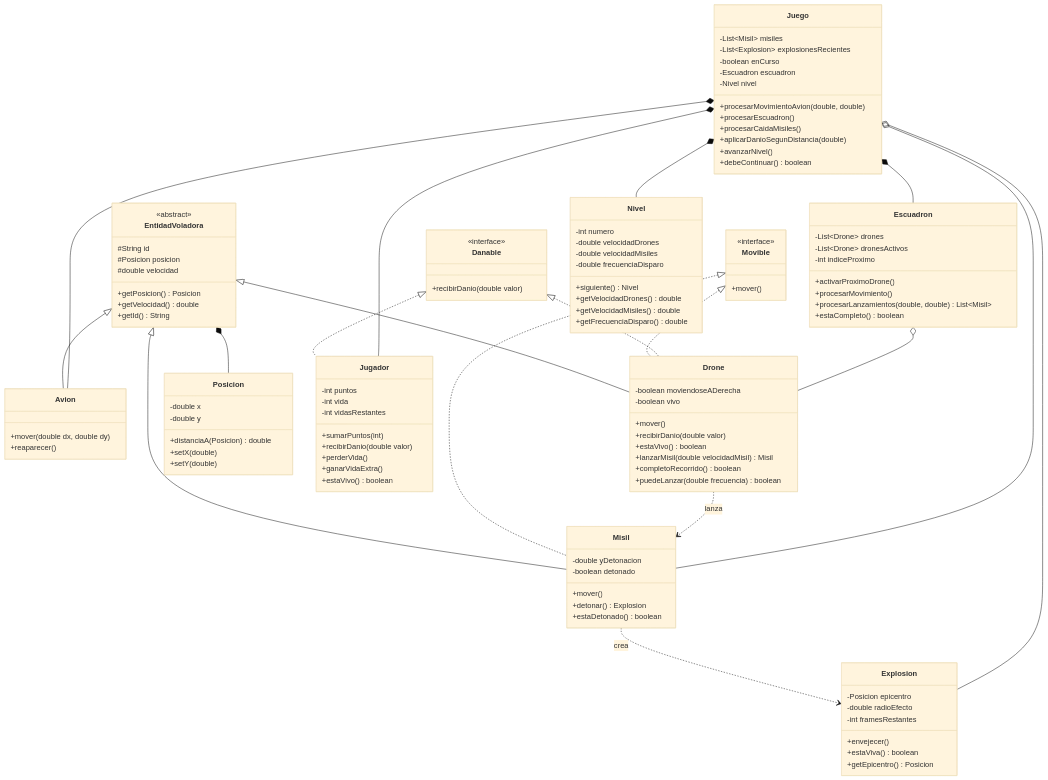
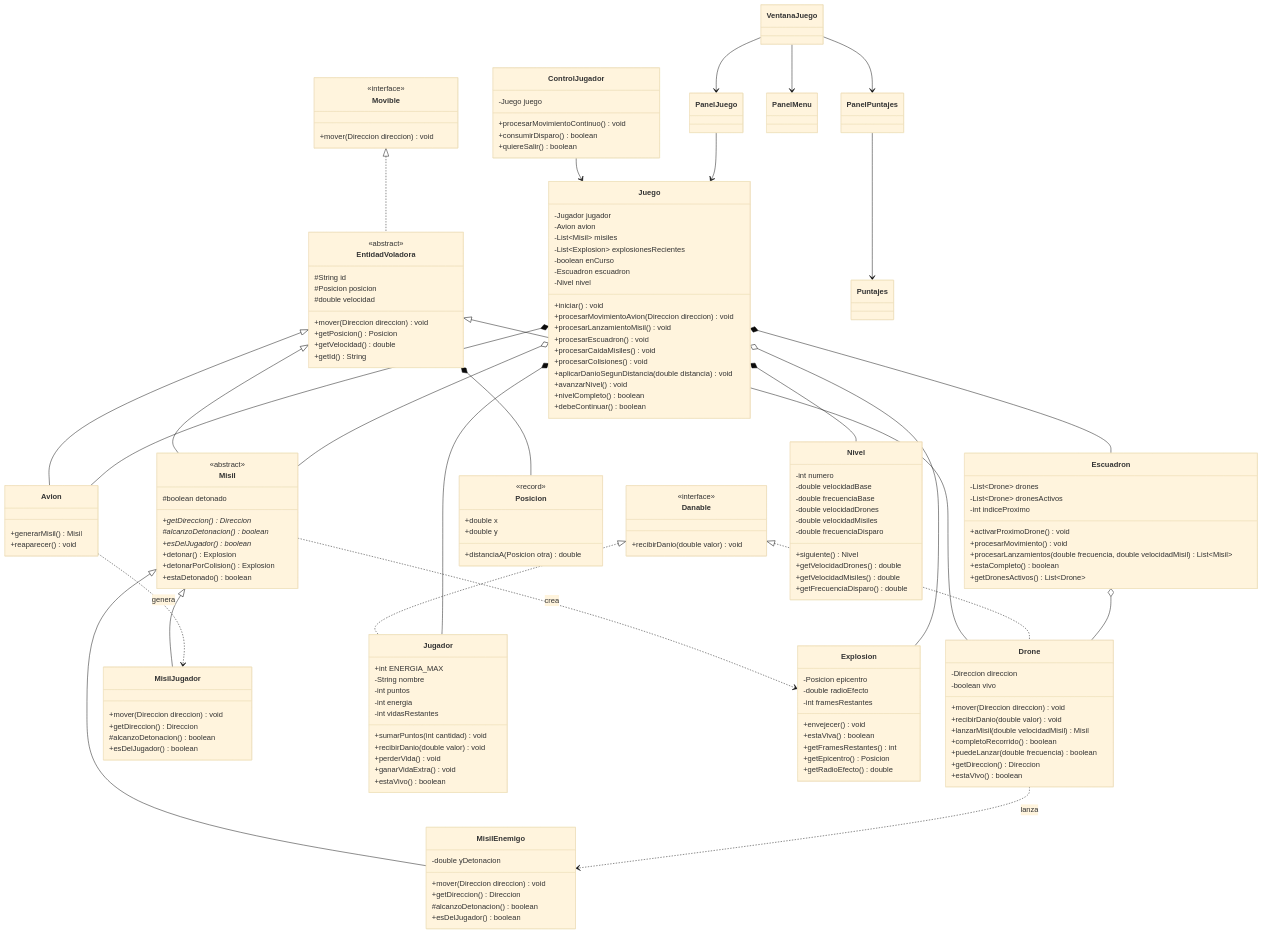
Before and after one commit to Ogstra/TP-PO-G5: the diagram in diagrama-clases.md, drawn with Mermaid (base theme). The commit also changed other lines of this file, not shown here.

Commit message:
Update class diagram with interfaces and abstract classes
Refactor class diagram to include interfaces and abstract classes.

````diff
--- a/diagrama-clases.md
+++ b/diagrama-clases.md
@@ -3,80 +3,117 @@
 ```mermaid
 classDiagram
     direction TB
+
+    class Movible {
+        <<interface>>
+        +mover(Direccion direccion) void
+    }
+
+    class Danable {
+        <<interface>>
+        +recibirDanio(double valor) void
+    }
 
     class EntidadVoladora {
         <<abstract>>
         #String id
         #Posicion posicion
         #double velocidad
+        +mover(Direccion direccion) void
         +getPosicion() Posicion
         +getVelocidad() double
         +getId() String
     }
 
-    class Movible {
-        <<interface>>
-        +mover()
-    }
-
-    class Danable {
-        <<interface>>
-        +recibirDanio(double valor)
-    }
-
     class Avion {
-        +mover(double dx, double dy)
-        +reaparecer()
+        +generarMisil() Misil
+        +reaparecer() void
     }
 
     class Drone {
-        -boolean moviendoseADerecha
+        -Direccion direccion
         -boolean vivo
-        +mover()
-        +recibirDanio(double valor)
-        +estaVivo() boolean
+        +mover(Direccion direccion) void
+        +recibirDanio(double valor) void
         +lanzarMisil(double velocidadMisil) Misil
         +completoRecorrido() boolean
         +puedeLanzar(double frecuencia) boolean
+        +getDireccion() Direccion
+        +estaVivo() boolean
     }
 
     class Misil {
+        <<abstract>>
+        #boolean detonado
+        +getDireccion()* Direccion
+        #alcanzoDetonacion()* boolean
+        +esDelJugador()* boolean
+        +detonar() Explosion
+        +detonarPorColision() Explosion
+        +estaDetonado() boolean
+    }
+
+    class MisilJugador {
+        +mover(Direccion direccion) void
+        +getDireccion() Direccion
+        #alcanzoDetonacion() boolean
+        +esDelJugador() boolean
+    }
+
+    class MisilEnemigo {
         -double yDetonacion
-        -boolean detonado
-        +mover()
-        +detonar() Explosion
-        +estaDetonado() boolean
+        +mover(Direccion direccion) void
+        +getDireccion() Direccion
+        #alcanzoDetonacion() boolean
+        +esDelJugador() boolean
+    }
+
+    class Jugador {
+        +int ENERGIA_MAX
+        -String nombre
+        -int puntos
+        -int energia
+        -int vidasRestantes
+        +sumarPuntos(int cantidad) void
+        +recibirDanio(double valor) void
+        +perderVida() void
+        +ganarVidaExtra() void
+        +estaVivo() boolean
     }
 
     class Explosion {
         -Posicion epicentro
         -double radioEfecto
         -int framesRestantes
-        +envejecer()
+        +envejecer() void
         +estaViva() boolean
+        +getFramesRestantes() int
         +getEpicentro() Posicion
+        +getRadioEfecto() double
     }
 
     class Posicion {
-        -double x
-        -double y
-        +distanciaA(Posicion) double
-        +setX(double)
-        +setY(double)
+        <<record>>
+        +double x
+        +double y
+        +distanciaA(Posicion otra) double
     }
 
     class Escuadron {
         -List~Drone~ drones
         -List~Drone~ dronesActivos
         -int indiceProximo
-        +activarProximoDrone()
-        +procesarMovimiento()
-        +procesarLanzamientos(double, double) List~Misil~
+        +activarProximoDrone() void
+        +procesarMovimiento() void
+        +procesarLanzamientos(double frecuencia, double velocidadMisil) List~Misil~
         +estaCompleto() boolean
+        +getDronesActivos() List~Drone~
     }
 
     class Nivel {
         -int numero
+        -double velocidadBase
+        -double frecuenciaBase
         -double velocidadDrones
         -double velocidadMisiles
         -double frecuenciaDisparo
@@ -86,42 +123,54 @@
         +getFrecuenciaDisparo() double
     }
 
-    class Jugador {
-        -int puntos
-        -int vida
-        -int vidasRestantes
-        +sumarPuntos(int)
-        +recibirDanio(double valor)
-        +perderVida()
-        +ganarVidaExtra()
-        +estaVivo() boolean
-    }
-
     class Juego {
+        -Jugador jugador
+        -Avion avion
         -List~Misil~ misiles
         -List~Explosion~ explosionesRecientes
         -boolean enCurso
         -Escuadron escuadron
         -Nivel nivel
-        +procesarMovimientoAvion(double, double)
-        +procesarEscuadron()
-        +procesarCaidaMisiles()
-        +aplicarDanioSegunDistancia(double)
-        +avanzarNivel()
+        +iniciar() void
+        +procesarMovimientoAvion(Direccion direccion) void
+        +procesarLanzamientoMisil() void
+        +procesarEscuadron() void
+        +procesarCaidaMisiles() void
+        +procesarColisiones() void
+        +aplicarDanioSegunDistancia(double distancia) void
+        +avanzarNivel() void
+        +nivelCompleto() boolean
         +debeContinuar() boolean
     }
 
+    class ControlJugador {
+        -Juego juego
+        +procesarMovimientoContinuo() void
+        +consumirDisparo() boolean
+        +quiereSalir() boolean
+    }
+
+    class VentanaJuego
+    class PanelJuego
+    class PanelMenu
+    class PanelPuntajes
+    class Puntajes
+
+    Movible <|.. EntidadVoladora
     EntidadVoladora <|-- Avion
     EntidadVoladora <|-- Drone
     EntidadVoladora <|-- Misil
-    Movible <|.. Drone
-    Movible <|.. Misil
     Danable <|.. Drone
     Danable <|.. Jugador
 
-    Drone ..> Misil : lanza
+    Misil <|-- MisilJugador
+    Misil <|-- MisilEnemigo
+
+    EntidadVoladora *-- Posicion
+    Avion ..> MisilJugador : genera
+    Drone ..> MisilEnemigo : lanza
     Misil ..> Explosion : crea
-    EntidadVoladora *-- Posicion
+
     Escuadron o-- Drone
     Juego *-- Jugador
     Juego *-- Avion
@@ -129,4 +178,11 @@
     Juego *-- Nivel
     Juego o-- Misil
     Juego o-- Explosion
+
+    ControlJugador --> Juego
+    PanelJuego --> Juego
+    VentanaJuego --> PanelMenu
+    VentanaJuego --> PanelJuego
+    VentanaJuego --> PanelPuntajes
+    PanelPuntajes --> Puntajes
 ```
````
